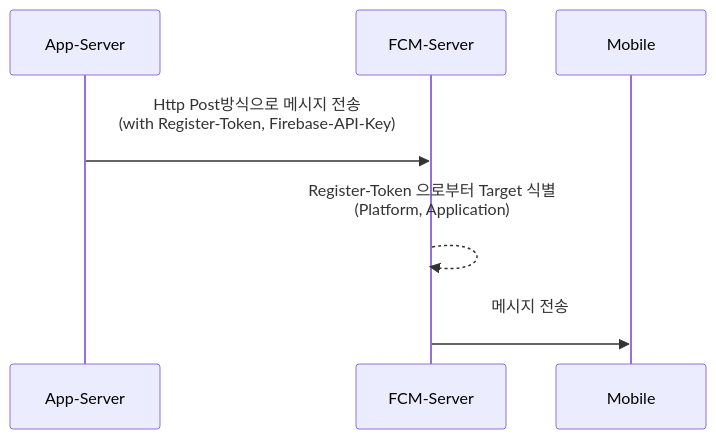
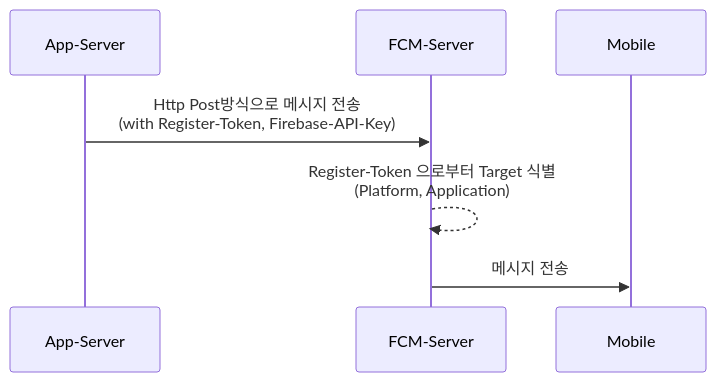
Before and after one commit to JiminiDaddy/JiminiDaddy.github.io: the second of 2 diagrams in _posts/dev/push/2021-05-19-dev-push-fcm-개요.md, drawn with Mermaid. The commit also changed other lines of this file, not shown here.

Commit message:
docs: mermaid contents 개행 수정 개행할 때 ; 문자 추가해야된다고해서 수정함

```diff
--- a/_posts/dev/push/2021-05-19-dev-push-fcm-개요.md
+++ b/_posts/dev/push/2021-05-19-dev-push-fcm-개요.md
@@ -51,6 +51,6 @@
 <div class="mermaid"> 
 sequenceDiagram;
-    App-Server ->> FCM-Server: Http Post방식으로 메시지 전송<br/>(with Register-Token, Firebase-API-Key)<br>
-    FCM-Server -->> FCM-Server: Register-Token 으로부터 Target 식별<br/>(Platform, Application)<br>  
-    FCM-Server ->> Mobile: 메시지 전송<br>
+    App-Server ->> FCM-Server: Http Post방식으로 메시지 전송<br/>(with Register-Token, Firebase-API-Key);
+    FCM-Server -->> FCM-Server: Register-Token 으로부터 Target 식별<br/>(Platform, Application);
+    FCM-Server ->> Mobile: 메시지 전송;
 </div>  
```
